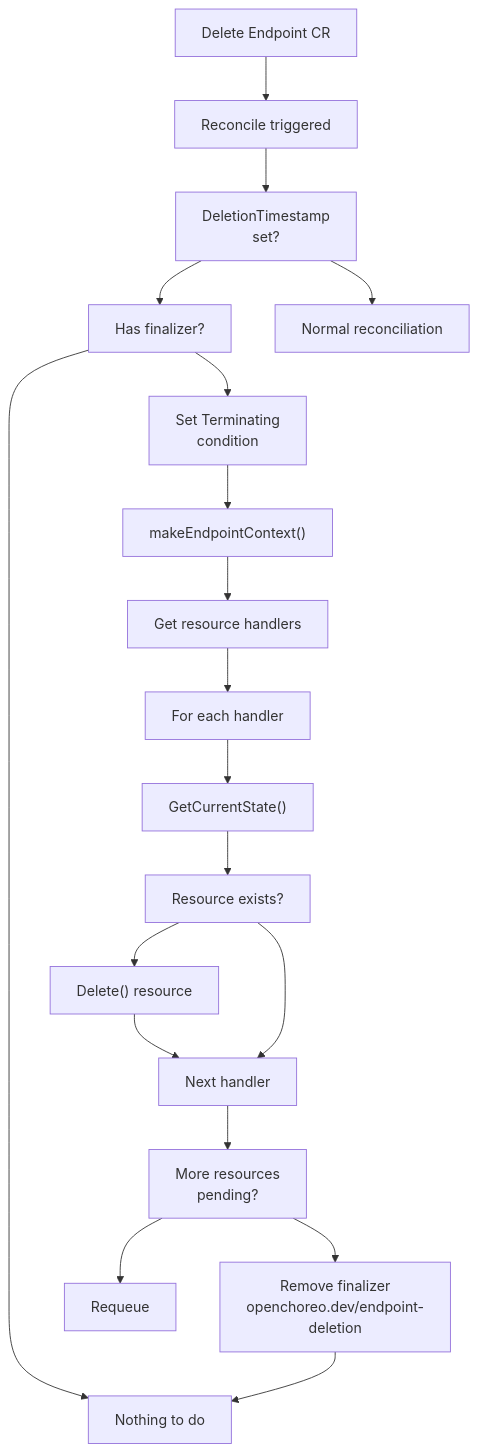
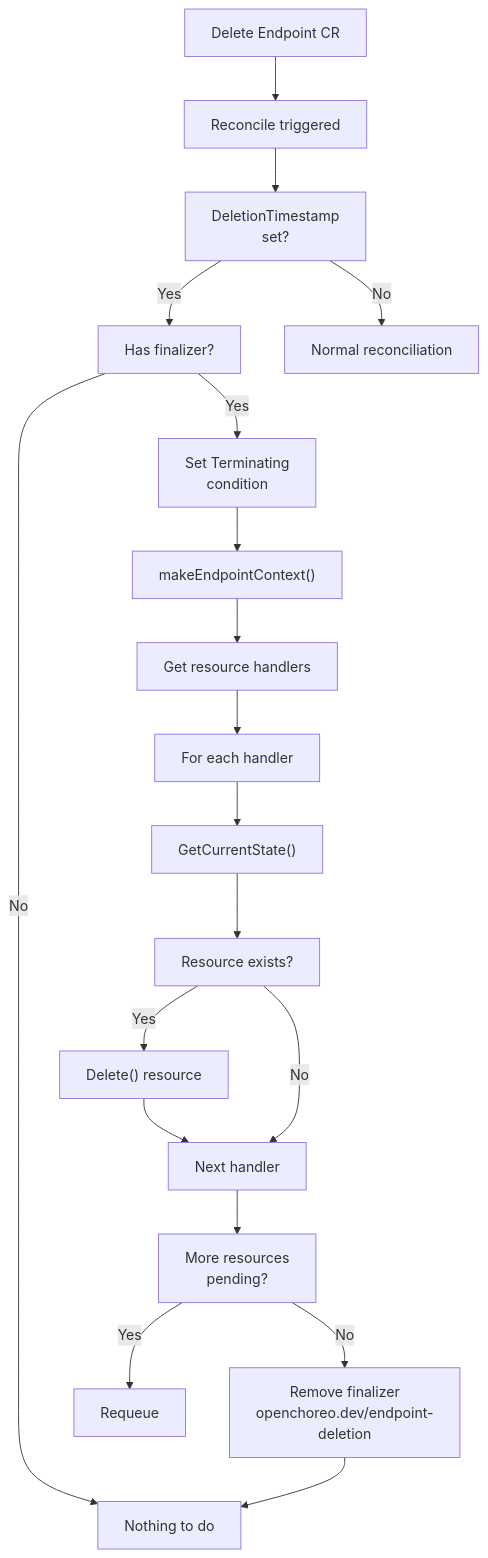
The sixth of 6 diagrams in docs/deepwiki/Endpoint-Controller.md (openchoreo/openchoreo), drawn with Mermaid before and after one commit. The commit also changed other lines of this file and 85 other files, not shown here.

Commit message:
feat: Add new workflow and specification templates, update Helm chart dependencies, and clarify documentation diagrams.

````diff
--- a/docs/deepwiki/Endpoint-Controller.md
+++ b/docs/deepwiki/Endpoint-Controller.md
@@ -571,40 +571,40 @@
 ```mermaid
 flowchart TD
 
 Delete["Delete Endpoint CR"]
 Reconcile["Reconcile triggered"]
 CheckDeletion["DeletionTimestamp<br>set?"]
 CheckFinalizer["Has finalizer?"]
 NormalReconcile["Normal reconciliation"]
 Done["Nothing to do"]
 SetCondition["Set Terminating<br>condition"]
 MakeContext["makeEndpointContext()"]
 GetHandlers["Get resource handlers"]
 DeleteLoop["For each handler"]
 GetState["GetCurrentState()"]
 CheckExists["Resource exists?"]
 DeleteResource["Delete() resource"]
 NextHandler["Next handler"]
 CheckPending["More resources<br>pending?"]
 Requeue["Requeue"]
 RemoveFinalizer["Remove finalizer<br>openchoreo.dev/endpoint-deletion"]
 
 Delete --> Reconcile
 Reconcile --> CheckDeletion
-CheckDeletion --> CheckFinalizer
-CheckDeletion --> NormalReconcile
-CheckFinalizer --> Done
-CheckFinalizer --> SetCondition
+CheckDeletion -->|"Yes"| CheckFinalizer
+CheckDeletion -->|"No"| NormalReconcile
+CheckFinalizer -->|"No"| Done
+CheckFinalizer -->|"Yes"| SetCondition
 SetCondition --> MakeContext
 MakeContext --> GetHandlers
 GetHandlers --> DeleteLoop
 DeleteLoop --> GetState
 GetState --> CheckExists
-CheckExists --> DeleteResource
-CheckExists --> NextHandler
+CheckExists -->|"Yes"| DeleteResource
+CheckExists -->|"No"| NextHandler
 DeleteResource --> NextHandler
 NextHandler --> CheckPending
-CheckPending --> Requeue
-CheckPending --> RemoveFinalizer
+CheckPending -->|"Yes"| Requeue
+CheckPending -->|"No"| RemoveFinalizer
 RemoveFinalizer --> Done
 ```
````
